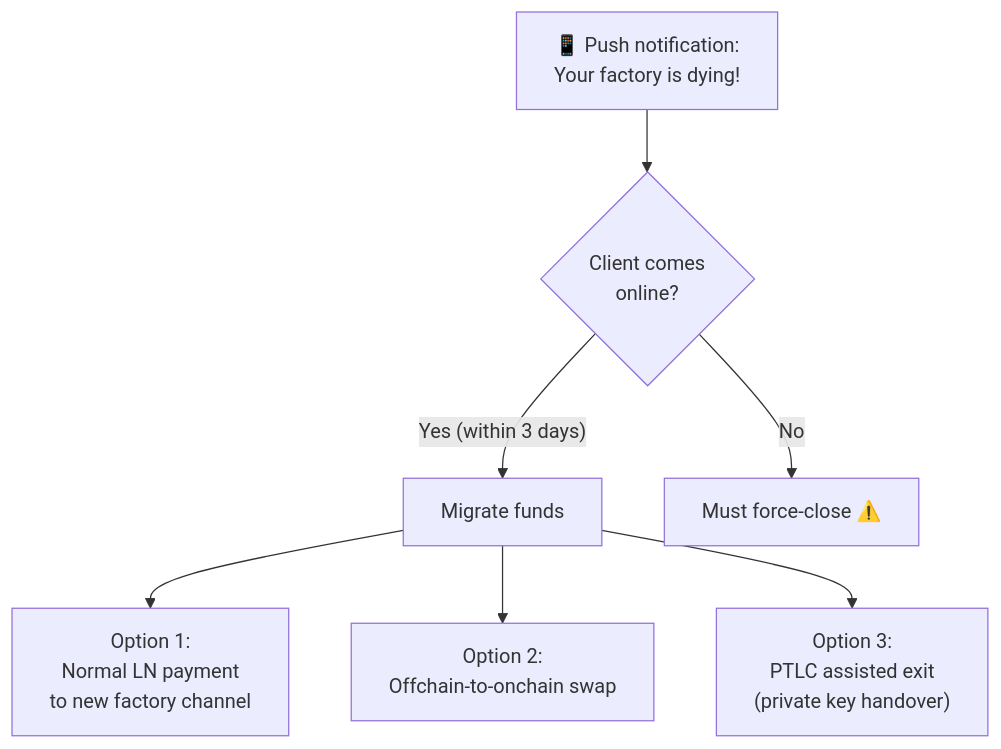
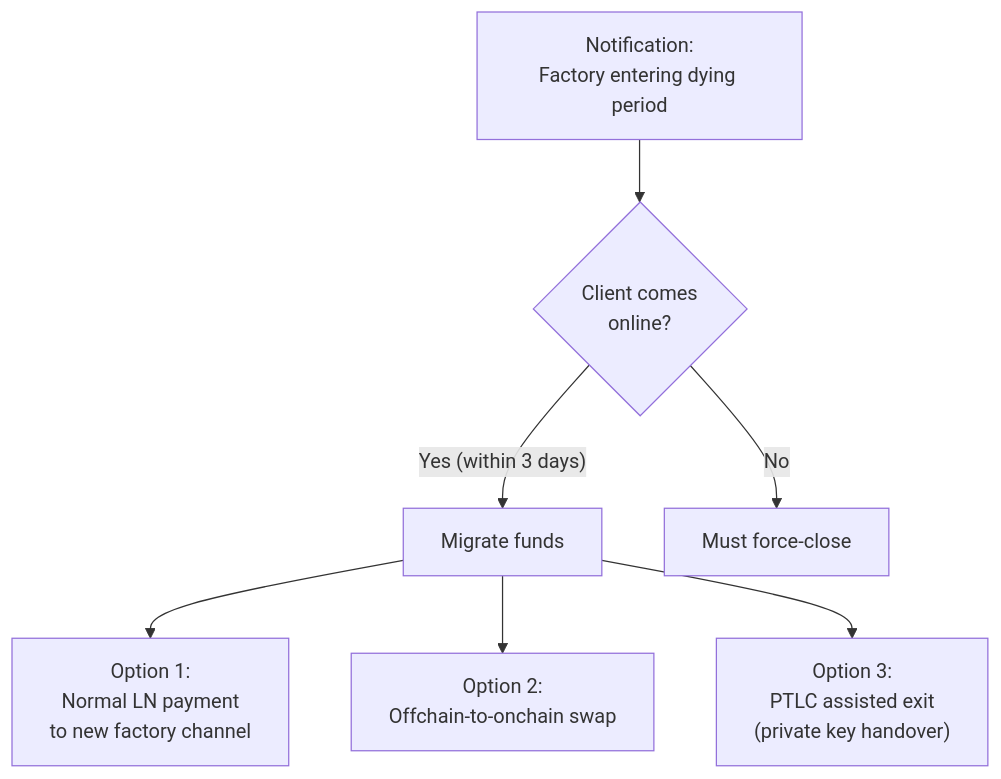
Before and after one commit to 8144225309/superscalar-docs: the third of 4 diagrams in core-concepts/laddering.md, drawn with Mermaid. The commit also changed other lines of this file and 31 other files, not shown here.

````diff
--- a/core-concepts/laddering.md
+++ b/core-concepts/laddering.md
@@ -90,11 +91,11 @@
 ```mermaid
 flowchart TD
-    N["📱 Push notification:<br/>Your factory is dying!"]
+    N["Notification:<br/>Factory entering dying period"]
     N --> O{"Client comes<br/>online?"}
     O -->|"Yes (within 3 days)"| M["Migrate funds"]
-    O -->|"No"| F["Must force-close ⚠️"]
+    O -->|"No"| F["Must force-close"]
 
     M --> LN["Option 1:<br/>Normal LN payment<br/>to new factory channel"]
     M --> SWAP["Option 2:<br/>Offchain-to-onchain swap"]
     M --> PTLC["Option 3:<br/>PTLC assisted exit<br/>(private key handover)"]
 ```
````
